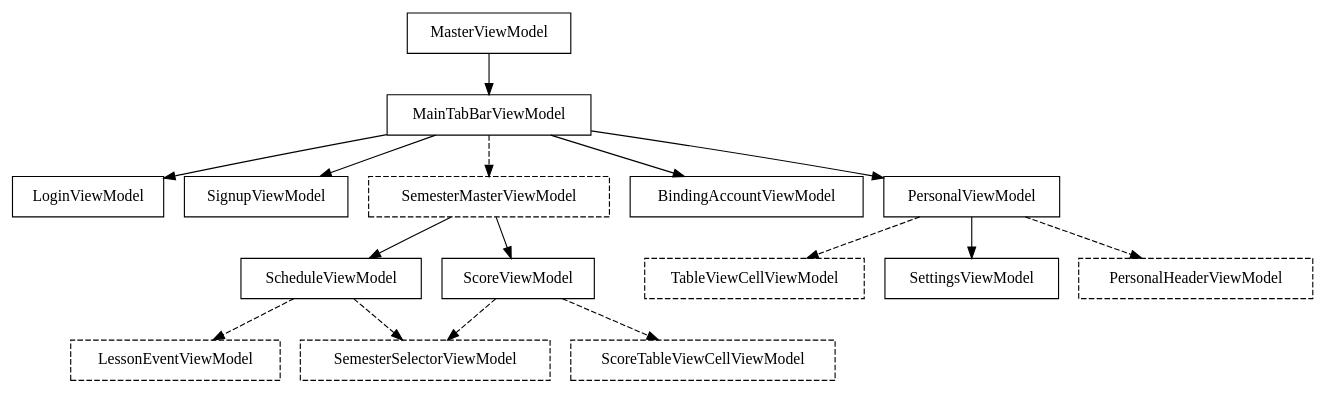
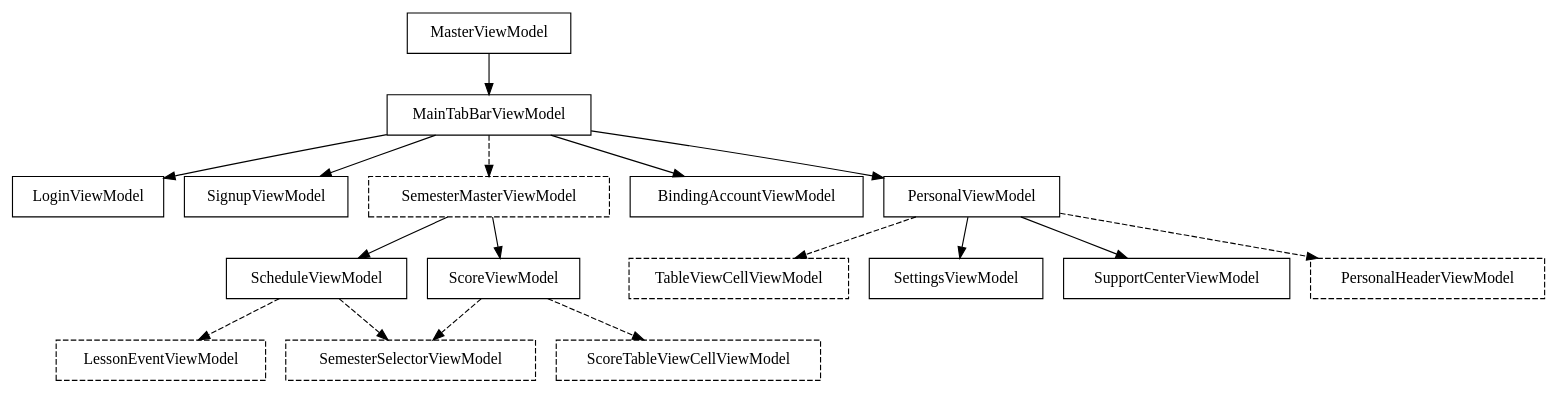
Before and after one commit to ty0x2333/XujcClient-iOS: the diagram in Graphviz/ViewModel.dot, drawn with Graphviz. The commit also changed 10 other files, not shown here.

Commit message:
A SupportCenterViewModel

```diff
--- a/Graphviz/ViewModel.dot
+++ b/Graphviz/ViewModel.dot
@@ -1,32 +1,33 @@
 digraph ViewModel{
 	node[shape = record];
 
 	MasterViewModel->MainTabBarViewModel;
 
 	MainTabBarViewModel->LoginViewModel;
 	MainTabBarViewModel->SignupViewModel;
 	MainTabBarViewModel->SemesterMasterViewModel[style = dashed];
 	MainTabBarViewModel->BindingAccountViewModel;
 	MainTabBarViewModel->PersonalViewModel;
 
 	SemesterMasterViewModel[style = dashed];
 	SemesterMasterViewModel->ScheduleViewModel;
 	SemesterMasterViewModel->ScoreViewModel;
 
 	ScheduleViewModel->LessonEventViewModel[style = dashed];
 	ScheduleViewModel->SemesterSelectorViewModel[style = dashed];
 	LessonEventViewModel[style = dashed];
 
 	ScoreViewModel->ScoreTableViewCellViewModel[style = dashed];
 	ScoreViewModel->SemesterSelectorViewModel[style = dashed];
 	ScoreTableViewCellViewModel[style = dashed];
 
 	SemesterSelectorViewModel[style = dashed];
 
 	TableViewCellViewModel[style = dashed];
 
 	PersonalViewModel->SettingsViewModel;
+	PersonalViewModel->SupportCenterViewModel;
 	PersonalViewModel->PersonalHeaderViewModel[style = dashed];
 	PersonalViewModel->TableViewCellViewModel[style = dashed];
 	PersonalHeaderViewModel[style = dashed];
 }
```
